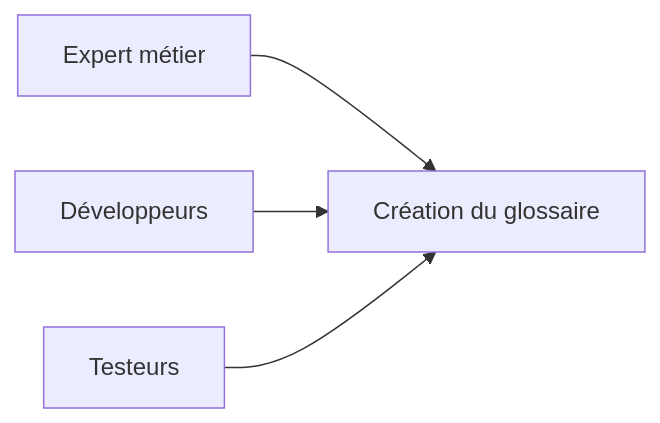
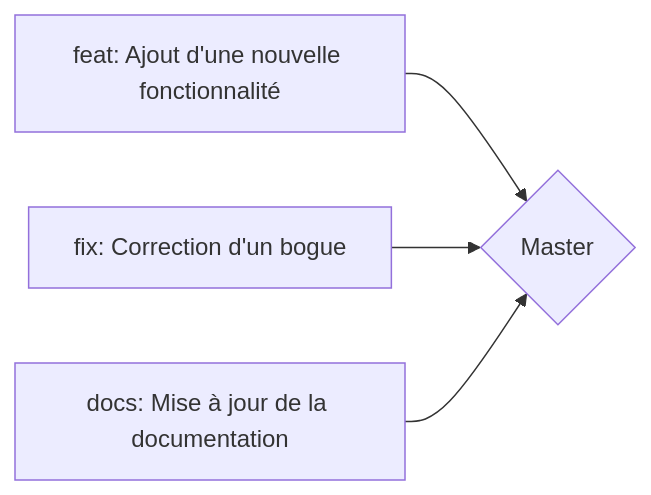
Before and after one commit to Tan-Software/bonnes-pratiques-git: the first of 11 diagrams in README.md, drawn with Mermaid. The commit also changed other lines of this file, not shown here.

````diff
--- a/README.md
+++ b/README.md
@@ -248,6 +35,7 @@
 ```mermaid
 graph LR
-A[Expert métier] --> B[Création du glossaire]
-C[Développeurs] --> B
-D[Testeurs] --> B
+A[feat: Ajout d'une nouvelle fonctionnalité] --> B{Master}
+C[fix: Correction d'un bogue] --> B
+D[docs: Mise à jour de la documentation] --> B
+
 ```
````
